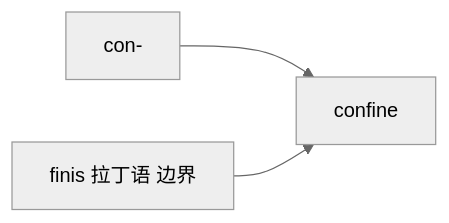
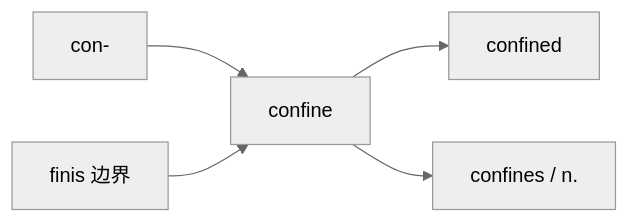
One commit to seki999/DialogueFlow changed the fourth of 5 diagrams in slides_backup/托业单词/20260630/05.md. Above: the diagram before and after it, drawn with Mermaid (neutral theme). The commit also changed other lines of this file and 28 other files, not shown here.

````diff
--- a/slides_backup/托业单词/20260630/05.md
+++ b/slides_backup/托业单词/20260630/05.md
@@ -121,5 +156,7 @@
 ```mermaid
 flowchart LR
     A[con-] --> D[confine]
-    B[finis 拉丁语 边界] --> D
+    B[finis 边界] --> D
+    D --> E[confined]
+    D --> F[confines / n.]
 ```
````
